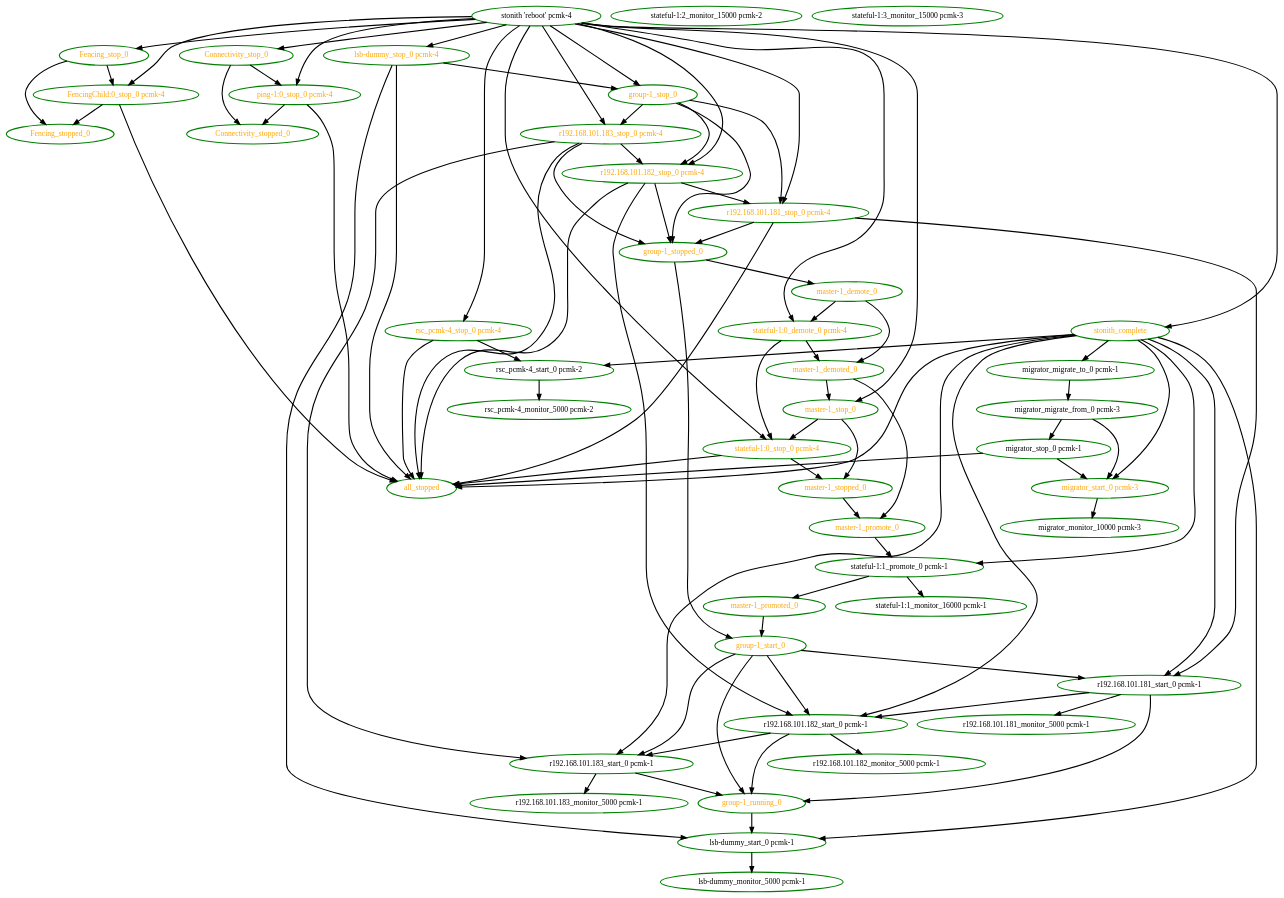
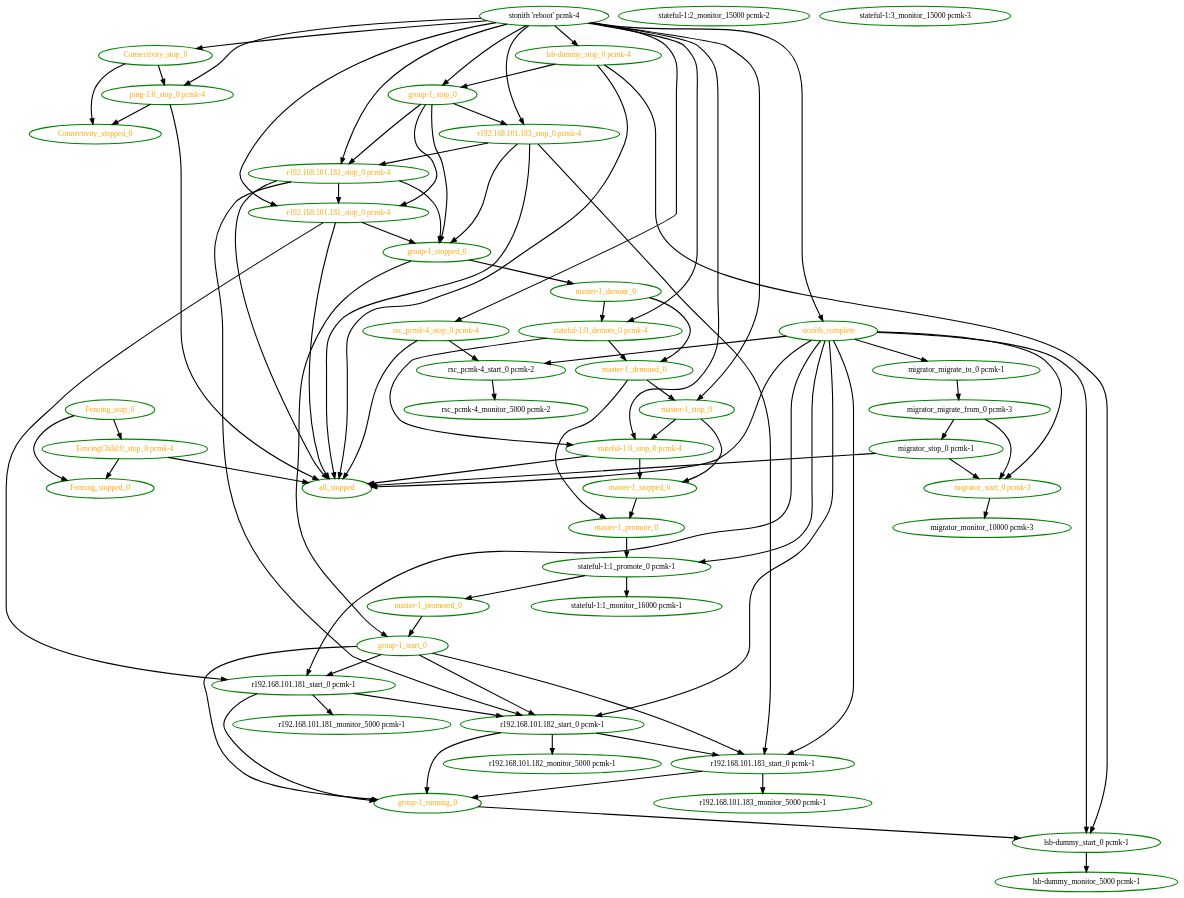
The diagram in cts/scheduler/migrate-fencing.dot (ClusterLabs/pacemaker), drawn with Graphviz before and after one commit. The commit also changed 33 other files, not shown here.

```diff
--- a/cts/scheduler/migrate-fencing.dot
+++ b/cts/scheduler/migrate-fencing.dot
@@ -1,136 +1,134 @@
 digraph "g" {
 "Connectivity_stop_0" -> "Connectivity_stopped_0" [ style = bold]
 "Connectivity_stop_0" -> "ping-1:0_stop_0 pcmk-4" [ style = bold]
 "Connectivity_stop_0" [ style=bold color="green" fontcolor="orange" ]
 "Connectivity_stopped_0" [ style=bold color="green" fontcolor="orange" ]
 "FencingChild:0_stop_0 pcmk-4" -> "Fencing_stopped_0" [ style = bold]
 "FencingChild:0_stop_0 pcmk-4" -> "all_stopped" [ style = bold]
 "FencingChild:0_stop_0 pcmk-4" [ style=bold color="green" fontcolor="orange" ]
 "Fencing_stop_0" -> "FencingChild:0_stop_0 pcmk-4" [ style = bold]
 "Fencing_stop_0" -> "Fencing_stopped_0" [ style = bold]
 "Fencing_stop_0" [ style=bold color="green" fontcolor="orange" ]
 "Fencing_stopped_0" [ style=bold color="green" fontcolor="orange" ]
 "all_stopped" [ style=bold color="green" fontcolor="orange" ]
 "group-1_running_0" -> "lsb-dummy_start_0 pcmk-1" [ style = bold]
 "group-1_running_0" [ style=bold color="green" fontcolor="orange" ]
 "group-1_start_0" -> "group-1_running_0" [ style = bold]
 "group-1_start_0" -> "r192.168.101.181_start_0 pcmk-1" [ style = bold]
 "group-1_start_0" -> "r192.168.101.182_start_0 pcmk-1" [ style = bold]
 "group-1_start_0" -> "r192.168.101.183_start_0 pcmk-1" [ style = bold]
 "group-1_start_0" [ style=bold color="green" fontcolor="orange" ]
 "group-1_stop_0" -> "group-1_stopped_0" [ style = bold]
 "group-1_stop_0" -> "r192.168.101.181_stop_0 pcmk-4" [ style = bold]
 "group-1_stop_0" -> "r192.168.101.182_stop_0 pcmk-4" [ style = bold]
 "group-1_stop_0" -> "r192.168.101.183_stop_0 pcmk-4" [ style = bold]
 "group-1_stop_0" [ style=bold color="green" fontcolor="orange" ]
 "group-1_stopped_0" -> "group-1_start_0" [ style = bold]
 "group-1_stopped_0" -> "master-1_demote_0" [ style = bold]
 "group-1_stopped_0" [ style=bold color="green" fontcolor="orange" ]
 "lsb-dummy_monitor_5000 pcmk-1" [ style=bold color="green" fontcolor="black" ]
 "lsb-dummy_start_0 pcmk-1" -> "lsb-dummy_monitor_5000 pcmk-1" [ style = bold]
 "lsb-dummy_start_0 pcmk-1" [ style=bold color="green" fontcolor="black" ]
 "lsb-dummy_stop_0 pcmk-4" -> "all_stopped" [ style = bold]
 "lsb-dummy_stop_0 pcmk-4" -> "group-1_stop_0" [ style = bold]
 "lsb-dummy_stop_0 pcmk-4" -> "lsb-dummy_start_0 pcmk-1" [ style = bold]
 "lsb-dummy_stop_0 pcmk-4" [ style=bold color="green" fontcolor="orange" ]
 "master-1_demote_0" -> "master-1_demoted_0" [ style = bold]
 "master-1_demote_0" -> "stateful-1:0_demote_0 pcmk-4" [ style = bold]
 "master-1_demote_0" [ style=bold color="green" fontcolor="orange" ]
 "master-1_demoted_0" -> "master-1_promote_0" [ style = bold]
 "master-1_demoted_0" -> "master-1_stop_0" [ style = bold]
 "master-1_demoted_0" [ style=bold color="green" fontcolor="orange" ]
 "master-1_promote_0" -> "stateful-1:1_promote_0 pcmk-1" [ style = bold]
 "master-1_promote_0" [ style=bold color="green" fontcolor="orange" ]
 "master-1_promoted_0" -> "group-1_start_0" [ style = bold]
 "master-1_promoted_0" [ style=bold color="green" fontcolor="orange" ]
 "master-1_stop_0" -> "master-1_stopped_0" [ style = bold]
 "master-1_stop_0" -> "stateful-1:0_stop_0 pcmk-4" [ style = bold]
 "master-1_stop_0" [ style=bold color="green" fontcolor="orange" ]
 "master-1_stopped_0" -> "master-1_promote_0" [ style = bold]
 "master-1_stopped_0" [ style=bold color="green" fontcolor="orange" ]
 "migrator_migrate_from_0 pcmk-3" -> "migrator_start_0 pcmk-3" [ style = bold]
 "migrator_migrate_from_0 pcmk-3" -> "migrator_stop_0 pcmk-1" [ style = bold]
 "migrator_migrate_from_0 pcmk-3" [ style=bold color="green" fontcolor="black" ]
 "migrator_migrate_to_0 pcmk-1" -> "migrator_migrate_from_0 pcmk-3" [ style = bold]
 "migrator_migrate_to_0 pcmk-1" [ style=bold color="green" fontcolor="black" ]
 "migrator_monitor_10000 pcmk-3" [ style=bold color="green" fontcolor="black" ]
 "migrator_start_0 pcmk-3" -> "migrator_monitor_10000 pcmk-3" [ style = bold]
 "migrator_start_0 pcmk-3" [ style=bold color="green" fontcolor="orange" ]
 "migrator_stop_0 pcmk-1" -> "all_stopped" [ style = bold]
 "migrator_stop_0 pcmk-1" -> "migrator_start_0 pcmk-3" [ style = bold]
 "migrator_stop_0 pcmk-1" [ style=bold color="green" fontcolor="black" ]
 "ping-1:0_stop_0 pcmk-4" -> "Connectivity_stopped_0" [ style = bold]
 "ping-1:0_stop_0 pcmk-4" -> "all_stopped" [ style = bold]
 "ping-1:0_stop_0 pcmk-4" [ style=bold color="green" fontcolor="orange" ]
 "r192.168.101.181_monitor_5000 pcmk-1" [ style=bold color="green" fontcolor="black" ]
 "r192.168.101.181_start_0 pcmk-1" -> "group-1_running_0" [ style = bold]
 "r192.168.101.181_start_0 pcmk-1" -> "r192.168.101.181_monitor_5000 pcmk-1" [ style = bold]
 "r192.168.101.181_start_0 pcmk-1" -> "r192.168.101.182_start_0 pcmk-1" [ style = bold]
 "r192.168.101.181_start_0 pcmk-1" [ style=bold color="green" fontcolor="black" ]
 "r192.168.101.181_stop_0 pcmk-4" -> "all_stopped" [ style = bold]
 "r192.168.101.181_stop_0 pcmk-4" -> "group-1_stopped_0" [ style = bold]
 "r192.168.101.181_stop_0 pcmk-4" -> "r192.168.101.181_start_0 pcmk-1" [ style = bold]
 "r192.168.101.181_stop_0 pcmk-4" [ style=bold color="green" fontcolor="orange" ]
 "r192.168.101.182_monitor_5000 pcmk-1" [ style=bold color="green" fontcolor="black" ]
 "r192.168.101.182_start_0 pcmk-1" -> "group-1_running_0" [ style = bold]
 "r192.168.101.182_start_0 pcmk-1" -> "r192.168.101.182_monitor_5000 pcmk-1" [ style = bold]
 "r192.168.101.182_start_0 pcmk-1" -> "r192.168.101.183_start_0 pcmk-1" [ style = bold]
 "r192.168.101.182_start_0 pcmk-1" [ style=bold color="green" fontcolor="black" ]
 "r192.168.101.182_stop_0 pcmk-4" -> "all_stopped" [ style = bold]
 "r192.168.101.182_stop_0 pcmk-4" -> "group-1_stopped_0" [ style = bold]
 "r192.168.101.182_stop_0 pcmk-4" -> "r192.168.101.181_stop_0 pcmk-4" [ style = bold]
 "r192.168.101.182_stop_0 pcmk-4" -> "r192.168.101.182_start_0 pcmk-1" [ style = bold]
 "r192.168.101.182_stop_0 pcmk-4" [ style=bold color="green" fontcolor="orange" ]
 "r192.168.101.183_monitor_5000 pcmk-1" [ style=bold color="green" fontcolor="black" ]
 "r192.168.101.183_start_0 pcmk-1" -> "group-1_running_0" [ style = bold]
 "r192.168.101.183_start_0 pcmk-1" -> "r192.168.101.183_monitor_5000 pcmk-1" [ style = bold]
 "r192.168.101.183_start_0 pcmk-1" [ style=bold color="green" fontcolor="black" ]
 "r192.168.101.183_stop_0 pcmk-4" -> "all_stopped" [ style = bold]
 "r192.168.101.183_stop_0 pcmk-4" -> "group-1_stopped_0" [ style = bold]
 "r192.168.101.183_stop_0 pcmk-4" -> "r192.168.101.182_stop_0 pcmk-4" [ style = bold]
 "r192.168.101.183_stop_0 pcmk-4" -> "r192.168.101.183_start_0 pcmk-1" [ style = bold]
 "r192.168.101.183_stop_0 pcmk-4" [ style=bold color="green" fontcolor="orange" ]
 "rsc_pcmk-4_monitor_5000 pcmk-2" [ style=bold color="green" fontcolor="black" ]
 "rsc_pcmk-4_start_0 pcmk-2" -> "rsc_pcmk-4_monitor_5000 pcmk-2" [ style = bold]
 "rsc_pcmk-4_start_0 pcmk-2" [ style=bold color="green" fontcolor="black" ]
 "rsc_pcmk-4_stop_0 pcmk-4" -> "all_stopped" [ style = bold]
 "rsc_pcmk-4_stop_0 pcmk-4" -> "rsc_pcmk-4_start_0 pcmk-2" [ style = bold]
 "rsc_pcmk-4_stop_0 pcmk-4" [ style=bold color="green" fontcolor="orange" ]
 "stateful-1:0_demote_0 pcmk-4" -> "master-1_demoted_0" [ style = bold]
 "stateful-1:0_demote_0 pcmk-4" -> "stateful-1:0_stop_0 pcmk-4" [ style = bold]
 "stateful-1:0_demote_0 pcmk-4" [ style=bold color="green" fontcolor="orange"]
 "stateful-1:0_stop_0 pcmk-4" -> "all_stopped" [ style = bold]
 "stateful-1:0_stop_0 pcmk-4" -> "master-1_stopped_0" [ style = bold]
 "stateful-1:0_stop_0 pcmk-4" [ style=bold color="green" fontcolor="orange" ]
 "stateful-1:1_monitor_16000 pcmk-1" [ style=bold color="green" fontcolor="black" ]
 "stateful-1:1_promote_0 pcmk-1" -> "master-1_promoted_0" [ style = bold]
 "stateful-1:1_promote_0 pcmk-1" -> "stateful-1:1_monitor_16000 pcmk-1" [ style = bold]
 "stateful-1:1_promote_0 pcmk-1" [ style=bold color="green" fontcolor="black" ]
 "stateful-1:2_monitor_15000 pcmk-2" [ style=bold color="green" fontcolor="black" ]
 "stateful-1:3_monitor_15000 pcmk-3" [ style=bold color="green" fontcolor="black" ]
 "stonith 'reboot' pcmk-4" -> "Connectivity_stop_0" [ style = bold]
-"stonith 'reboot' pcmk-4" -> "FencingChild:0_stop_0 pcmk-4" [ style = bold]
-"stonith 'reboot' pcmk-4" -> "Fencing_stop_0" [ style = bold]
 "stonith 'reboot' pcmk-4" -> "group-1_stop_0" [ style = bold]
 "stonith 'reboot' pcmk-4" -> "lsb-dummy_stop_0 pcmk-4" [ style = bold]
 "stonith 'reboot' pcmk-4" -> "master-1_stop_0" [ style = bold]
 "stonith 'reboot' pcmk-4" -> "ping-1:0_stop_0 pcmk-4" [ style = bold]
 "stonith 'reboot' pcmk-4" -> "r192.168.101.181_stop_0 pcmk-4" [ style = bold]
 "stonith 'reboot' pcmk-4" -> "r192.168.101.182_stop_0 pcmk-4" [ style = bold]
 "stonith 'reboot' pcmk-4" -> "r192.168.101.183_stop_0 pcmk-4" [ style = bold]
 "stonith 'reboot' pcmk-4" -> "rsc_pcmk-4_stop_0 pcmk-4" [ style = bold]
 "stonith 'reboot' pcmk-4" -> "stateful-1:0_demote_0 pcmk-4" [ style = bold]
 "stonith 'reboot' pcmk-4" -> "stateful-1:0_stop_0 pcmk-4" [ style = bold]
 "stonith 'reboot' pcmk-4" -> "stonith_complete" [ style = bold]
 "stonith 'reboot' pcmk-4" [ style=bold color="green" fontcolor="black"]
 "stonith_complete" -> "all_stopped" [ style = bold]
 "stonith_complete" -> "lsb-dummy_start_0 pcmk-1" [ style = bold]
 "stonith_complete" -> "migrator_migrate_to_0 pcmk-1" [ style = bold]
 "stonith_complete" -> "migrator_start_0 pcmk-3" [ style = bold]
 "stonith_complete" -> "r192.168.101.181_start_0 pcmk-1" [ style = bold]
 "stonith_complete" -> "r192.168.101.182_start_0 pcmk-1" [ style = bold]
 "stonith_complete" -> "r192.168.101.183_start_0 pcmk-1" [ style = bold]
 "stonith_complete" -> "rsc_pcmk-4_start_0 pcmk-2" [ style = bold]
 "stonith_complete" -> "stateful-1:1_promote_0 pcmk-1" [ style = bold]
 "stonith_complete" [ style=bold color="green" fontcolor="orange" ]
 }
```
